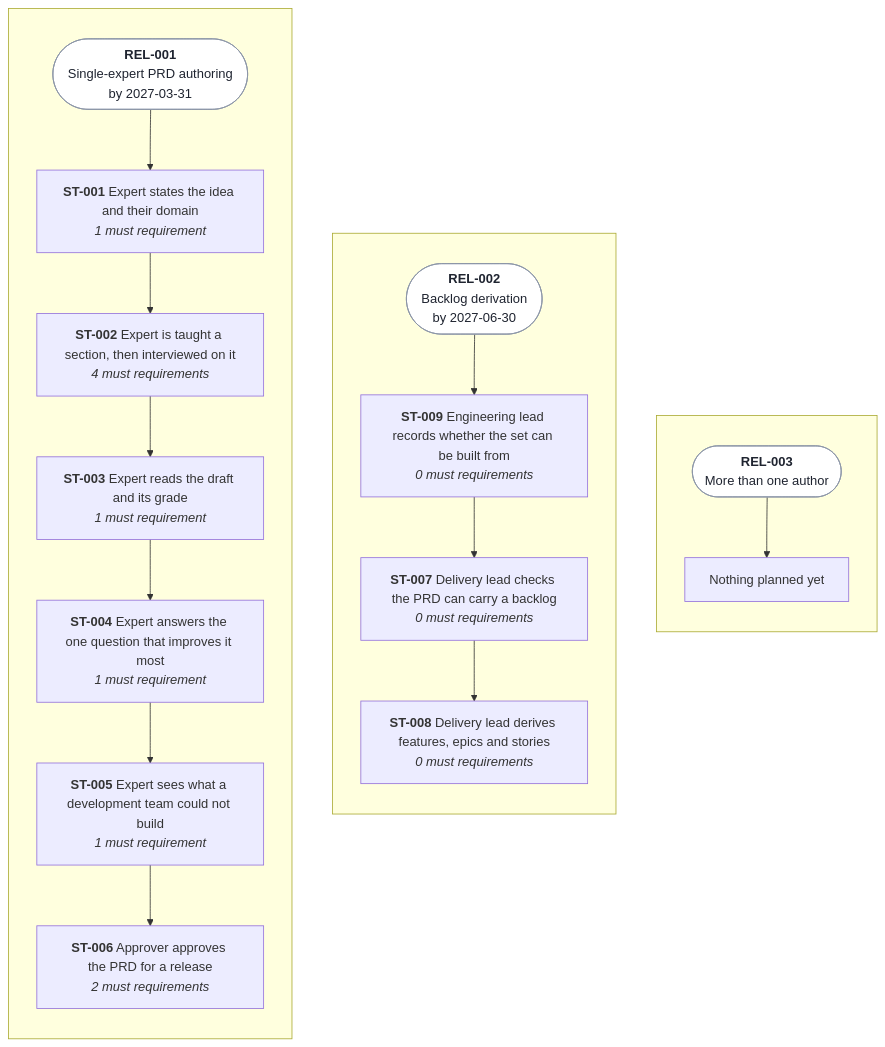
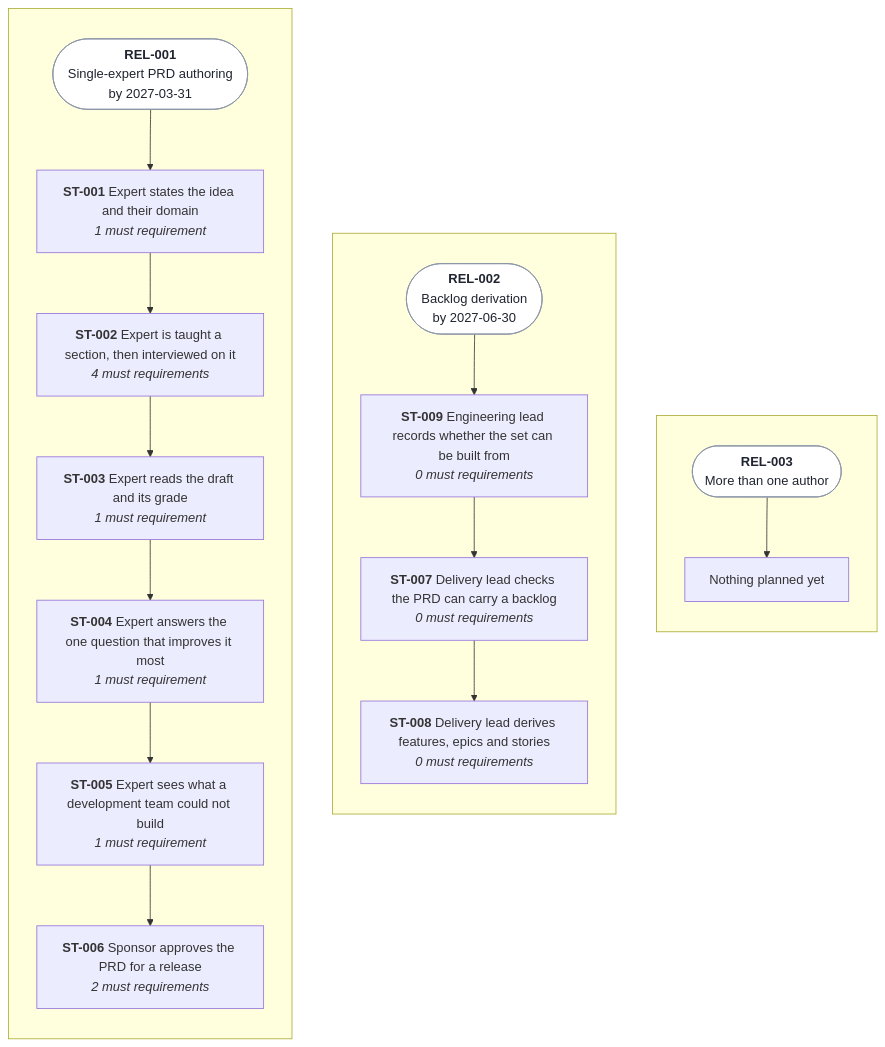
One commit to SpillwaveSolutions/prd-forge changed the diagram in docs/prd/prd-forge/diagrams/release-line.mmd. Above: the diagram before and after it, drawn with Mermaid. The commit also changed 59 other files, not shown here.

```diff
--- a/docs/prd/prd-forge/diagrams/release-line.mmd
+++ b/docs/prd/prd-forge/diagrams/release-line.mmd
@@ -1,38 +1,38 @@
 %% Generated by prd-diagrams.mjs from the release plan front matter. Do not edit.
 %%{init: {"flowchart": {"wrappingWidth": 220}}}%%
 flowchart LR
   subgraph REL001[" "]
     direction TB
     REL001head(["<b>REL-001</b><br/>Single-expert PRD authoring<br/>by 2027-03-31"])
     REL001head --> ST001
     ST001["<b>ST-001</b> Expert states the idea and their domain<br/><i>1 must requirement</i>"]
     ST002["<b>ST-002</b> Expert is taught a section, then interviewed on it<br/><i>4 must requirements</i>"]
     ST003["<b>ST-003</b> Expert reads the draft and its grade<br/><i>1 must requirement</i>"]
     ST004["<b>ST-004</b> Expert answers the one question that improves it most<br/><i>1 must requirement</i>"]
     ST005["<b>ST-005</b> Expert sees what a development team could not build<br/><i>1 must requirement</i>"]
-    ST006["<b>ST-006</b> Approver approves the PRD for a release<br/><i>2 must requirements</i>"]
+    ST006["<b>ST-006</b> Sponsor approves the PRD for a release<br/><i>2 must requirements</i>"]
     ST001 --> ST002
     ST002 --> ST003
     ST003 --> ST004
     ST004 --> ST005
     ST005 --> ST006
   end
   subgraph REL002[" "]
     direction TB
     REL002head(["<b>REL-002</b><br/>Backlog derivation<br/>by 2027-06-30"])
     REL002head --> ST009
     ST009["<b>ST-009</b> Engineering lead records whether the set can be built from<br/><i>0 must requirements</i>"]
     ST007["<b>ST-007</b> Delivery lead checks the PRD can carry a backlog<br/><i>0 must requirements</i>"]
     ST008["<b>ST-008</b> Delivery lead derives features, epics and stories<br/><i>0 must requirements</i>"]
     ST009 --> ST007
     ST007 --> ST008
   end
   subgraph REL003[" "]
     direction TB
     REL003head(["<b>REL-003</b><br/>More than one author"])
     REL003head --> REL003none["Nothing planned yet"]
   end
   REL001 ~~~ REL002
   REL002 ~~~ REL003
   classDef head fill:#FFFFFF,stroke:#8A94A6,color:#1F2430
   class REL001head,REL002head,REL003head head
```
